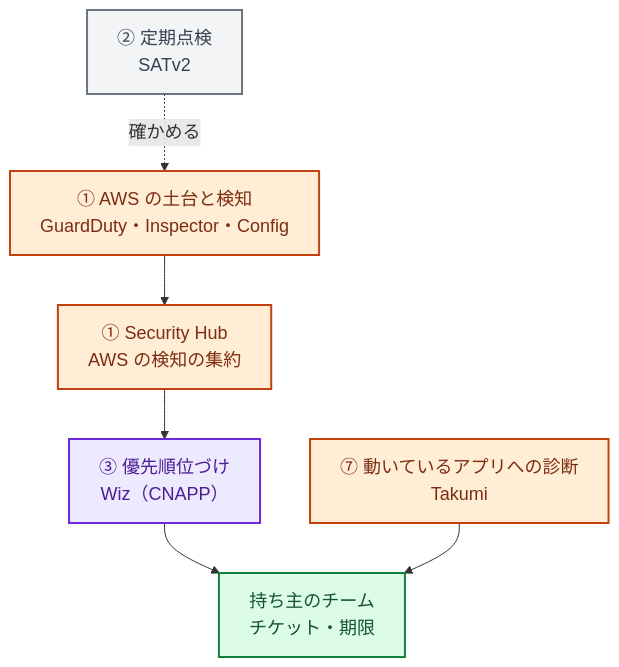
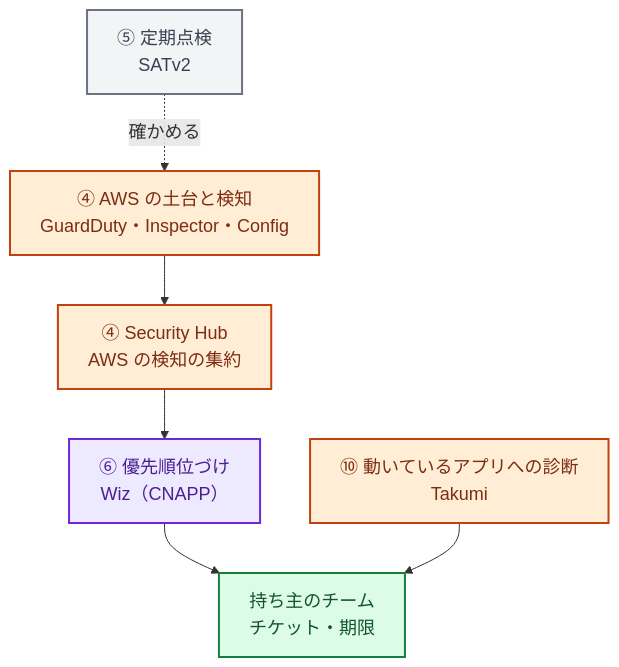
Before and after one commit to rkawajiri/zenn-content: the third of 3 diagrams in books/security-roadmap-ja/06-tool-map.md, drawn with Mermaid. The commit also changed other lines of this file and 21 other files, not shown here.

First line of the commit message:
split corporate IT into two chapters, add a monitoring chapter, merge SATv2 and Wiz

````diff
--- a/books/security-roadmap-ja/06-tool-map.md
+++ b/books/security-roadmap-ja/06-tool-map.md
@@ -80,17 +119,17 @@
 ```mermaid
 %%{init: {"themeVariables": {"fontSize": "18px"}, "flowchart": {"wrappingWidth": 400}}}%%
 flowchart TB
-  AWS["① AWS の土台と検知<br>GuardDuty・Inspector・Config"]:::cloud
-  SH["① Security Hub<br>AWS の検知の集約"]:::cloud
-  Wiz["③ 優先順位づけ<br>Wiz（CNAPP）"]:::ops
-  TK["⑦ 動いているアプリへの診断<br>Takumi"]:::cloud
-  SAT["② 定期点検<br>SATv2"]:::gray
+  AWS["④ AWS の土台と検知<br>GuardDuty・Inspector・Config"]:::cloud
+  SH["④ Security Hub<br>AWS の検知の集約"]:::cloud
+  Wiz["⑥ 優先順位づけ<br>Wiz（CNAPP）"]:::ops
+  TK["⑩ 動いているアプリへの診断<br>Takumi"]:::cloud
+  SAT["⑤ 定期点検<br>SATv2"]:::gray
   Owner["持ち主のチーム<br>チケット・期限"]:::gov
   AWS --> SH --> Wiz --> Owner
   TK --> Owner
   SAT -.確かめる.-> AWS
   classDef cloud fill:#ffedd5,stroke:#c2410c,color:#7c2d12,stroke-width:2px
   classDef ops fill:#ede9fe,stroke:#6d28d9,color:#4c1d95,stroke-width:2px
   classDef gray fill:#f3f4f6,stroke:#6b7280,color:#374151,stroke-width:2px
   classDef gov fill:#dcfce7,stroke:#15803d,color:#14532d,stroke-width:2px
 ```
````
